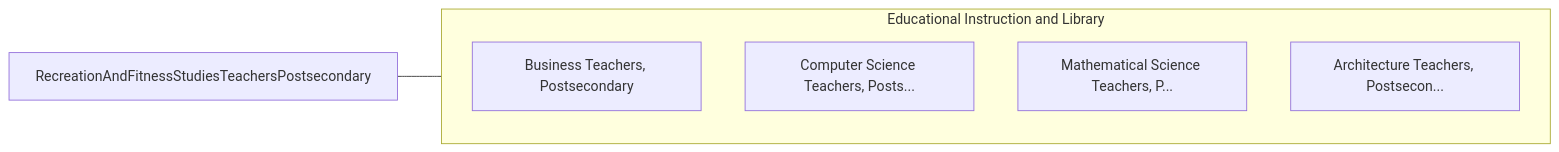
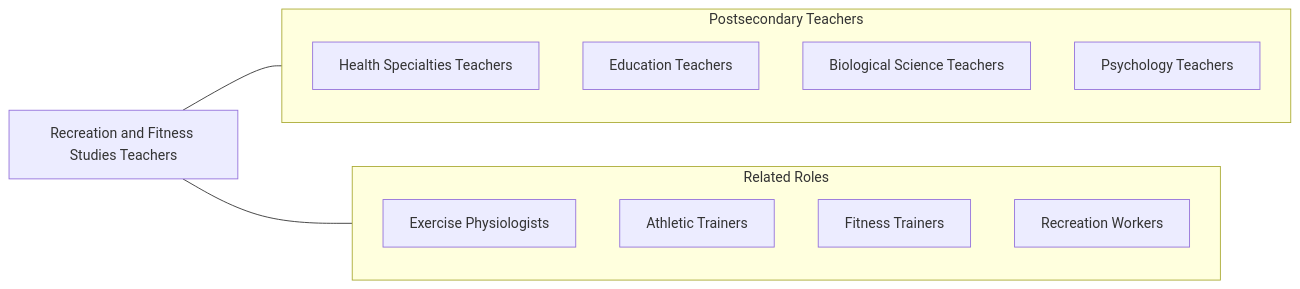
Before and after one commit to kziemski/business.org.ai: the fourth of 4 diagrams in occupations/Education/RecreationAndFitnessStudiesTeachersPostsecondary.mdx, drawn with Mermaid. The commit also changed other lines of this file and 938 other files, not shown here.

````diff
--- a/occupations/Education/RecreationAndFitnessStudiesTeachersPostsecondary.mdx
+++ b/occupations/Education/RecreationAndFitnessStudiesTeachersPostsecondary.mdx
@@ -80,13 +169,21 @@
 ```mermaid
 graph LR
-    Current["RecreationAndFitnessStudiesTeachersPostsecondary"]
+    Current["Recreation and Fitness Studies Teachers"]
 
-    subgraph SameCategory["Educational Instruction and Library"]
-        BusinessTeachersPost["Business Teachers, Postsecondary"]
-        ComputerScienceTeach["Computer Science Teachers, Posts..."]
-        MathematicalScienceT["Mathematical Science Teachers, P..."]
-        ArchitectureTeachers["Architecture Teachers, Postsecon..."]
+    subgraph SameCategory["Postsecondary Teachers"]
+        Health["Health Specialties Teachers"]
+        Education["Education Teachers"]
+        Biology["Biological Science Teachers"]
+        Psychology["Psychology Teachers"]
+    end
+
+    subgraph CrossFunctional["Related Roles"]
+        ExPhys["Exercise Physiologists"]
+        AthTrainers["Athletic Trainers"]
+        FitnessTrainers["Fitness Trainers"]
+        RecWorkers["Recreation Workers"]
     end
 
     Current --- SameCategory
+    Current --- CrossFunctional
 ```
````
